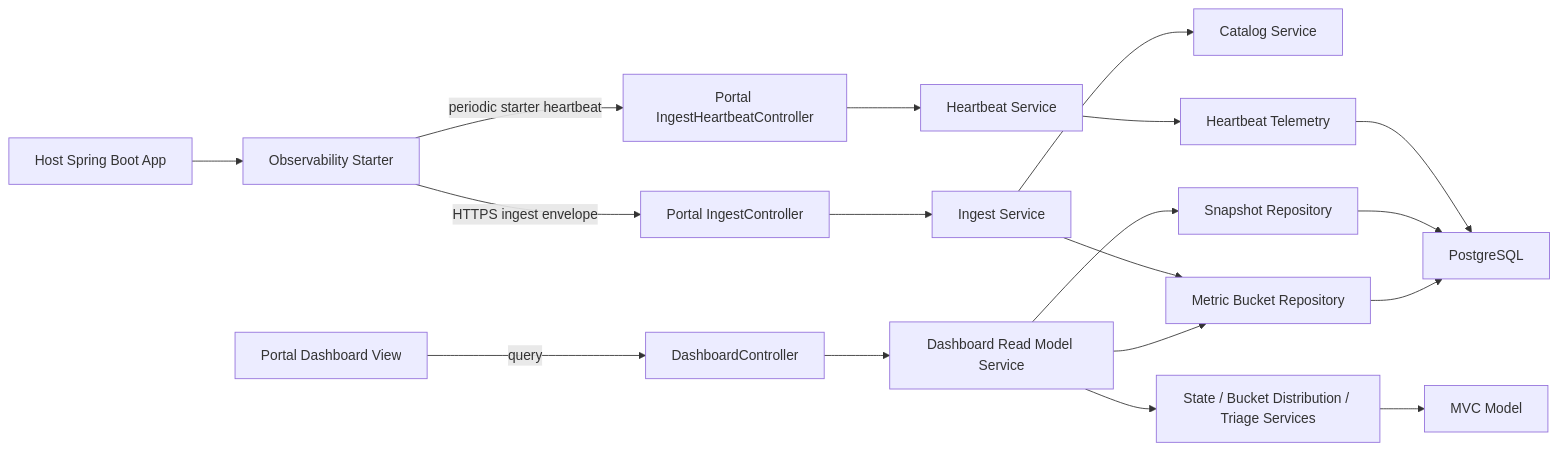
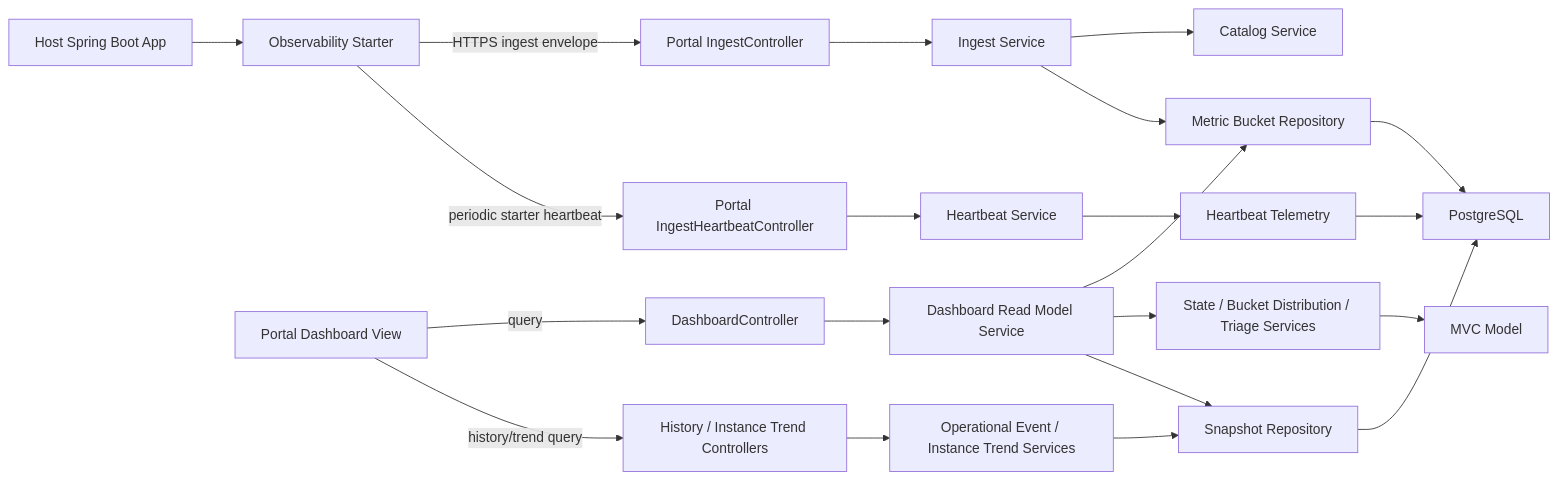
Before and after one commit to tlsdla1235/obser_service: the diagram in planning-artifacts/architecture.md, drawn with Mermaid. The commit also changed other lines of this file and 11 other files, not shown here.

````diff
--- a/planning-artifacts/architecture.md
+++ b/planning-artifacts/architecture.md
@@ -48,20 +50,23 @@
 ```mermaid
 flowchart LR
   Host["Host Spring Boot App"] --> Starter["Observability Starter"]
   Starter -->|HTTPS ingest envelope| IngestController["Portal IngestController"]
   Starter -->|periodic starter heartbeat| HeartbeatController["Portal IngestHeartbeatController"]
   IngestController --> IngestService["Ingest Service"]
   HeartbeatController --> HeartbeatService["Heartbeat Service"]
   IngestService --> CatalogService["Catalog Service"]
   IngestService --> BucketRepository["Metric Bucket Repository"]
   HeartbeatService --> HeartbeatTelemetry["Heartbeat Telemetry"]
   HeartbeatTelemetry --> Pg["PostgreSQL"]
   DashboardService["Dashboard Read Model Service"] --> BucketRepository
   DashboardService --> RuleServices["State / Bucket Distribution / Triage Services"]
   RuleServices --> Model["MVC Model"]
   DashboardService --> SnapshotRepository["Snapshot Repository"]
+  HistoryService["Operational Event / Instance Trend Services"] --> SnapshotRepository
   SnapshotRepository --> Pg
   BucketRepository --> Pg
   Dashboard["Portal Dashboard View"] -->|query| DashboardController["DashboardController"]
   DashboardController --> DashboardService
+  Dashboard -->|history/trend query| HistoryController["History / Instance Trend Controllers"]
+  HistoryController --> HistoryService
 ```
````
